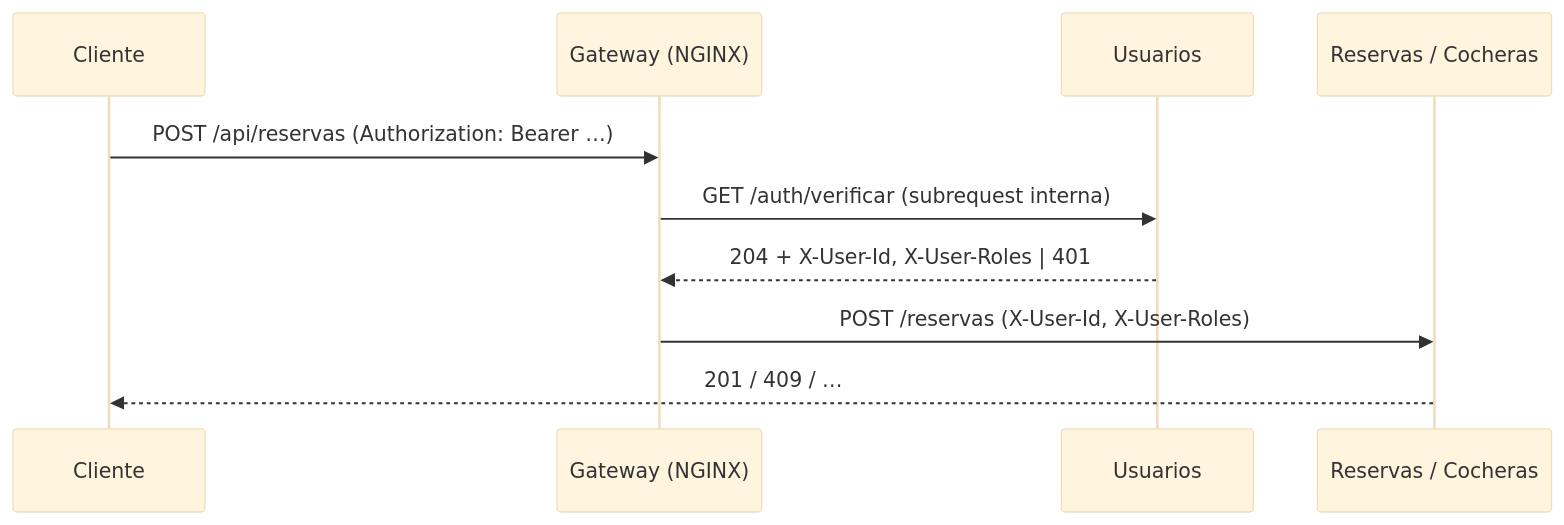
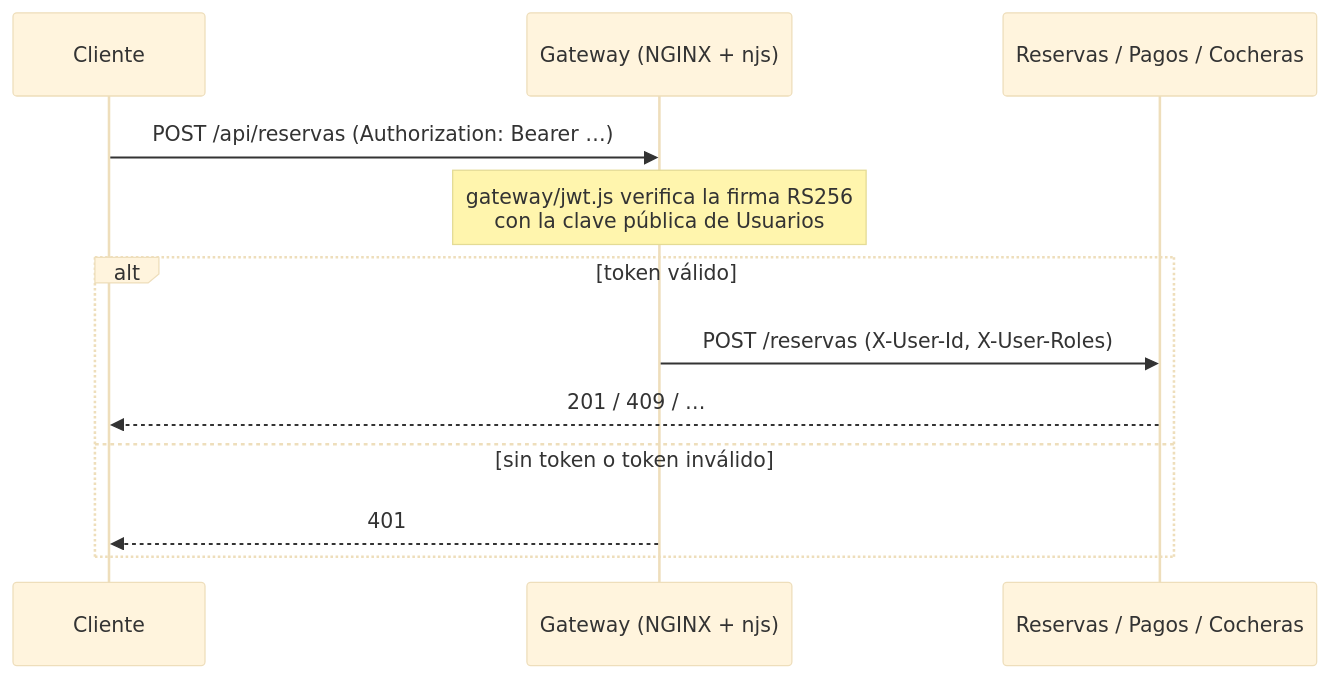
One commit to IgnacioIglesia/parkin changed the diagram in docs/secciones/usuarios.md. Above: the diagram before and after it, drawn with Mermaid (base theme). The commit also changed other lines of this file and 1 other file, not shown here.

Commit message:
docs(usuarios): el gateway valida el JWT con njs, no con auth_request a Usuarios

````diff
--- a/docs/secciones/usuarios.md
+++ b/docs/secciones/usuarios.md
@@ -59,12 +59,14 @@
 ```mermaid
 sequenceDiagram
     participant C as Cliente
-    participant G as Gateway (NGINX)
-    participant U as Usuarios
-    participant R as Reservas / Cocheras
+    participant G as Gateway (NGINX + njs)
+    participant R as Reservas / Pagos / Cocheras
     C->>G: POST /api/reservas (Authorization: Bearer …)
-    G->>U: GET /auth/verificar (subrequest interna)
-    U-->>G: 204 + X-User-Id, X-User-Roles  |  401
-    G->>R: POST /reservas (X-User-Id, X-User-Roles)
-    R-->>C: 201 / 409 / …
+    Note over G: gateway/jwt.js verifica la firma RS256<br/>con la clave pública de Usuarios
+    alt token válido
+        G->>R: POST /reservas (X-User-Id, X-User-Roles)
+        R-->>C: 201 / 409 / …
+    else sin token o token inválido
+        G-->>C: 401
+    end
 ```
````
